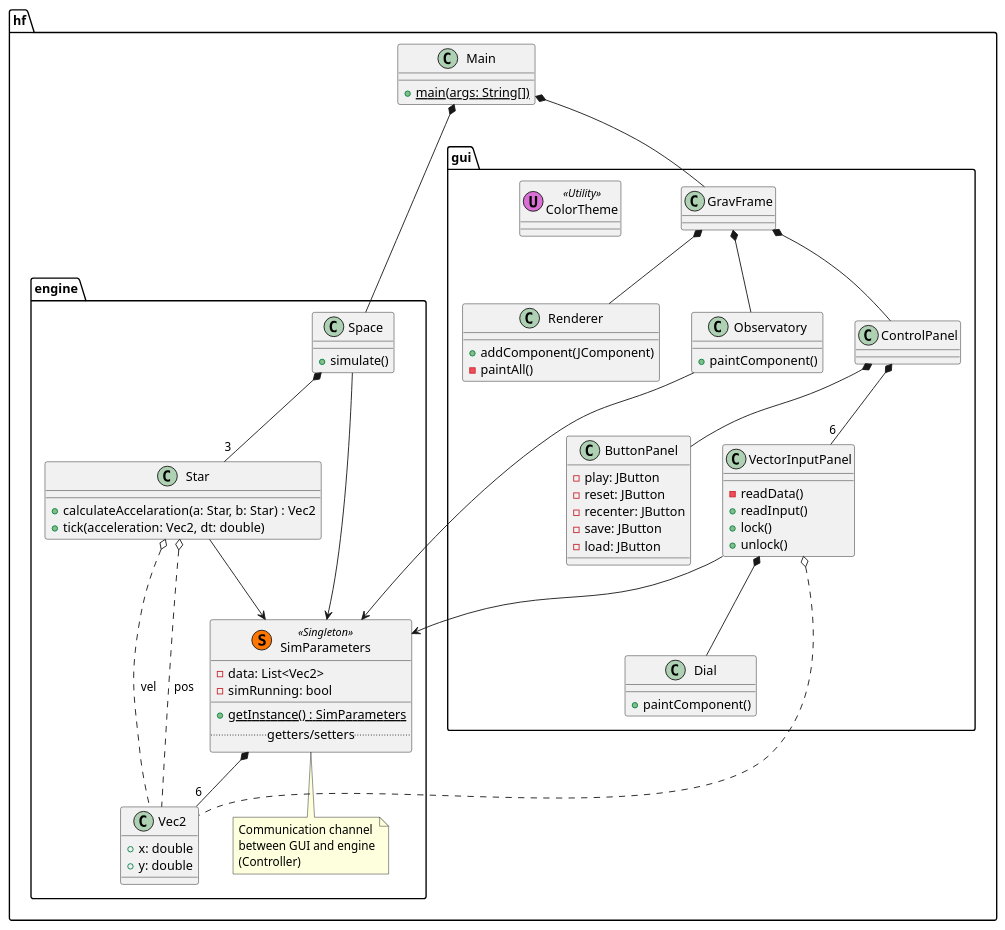
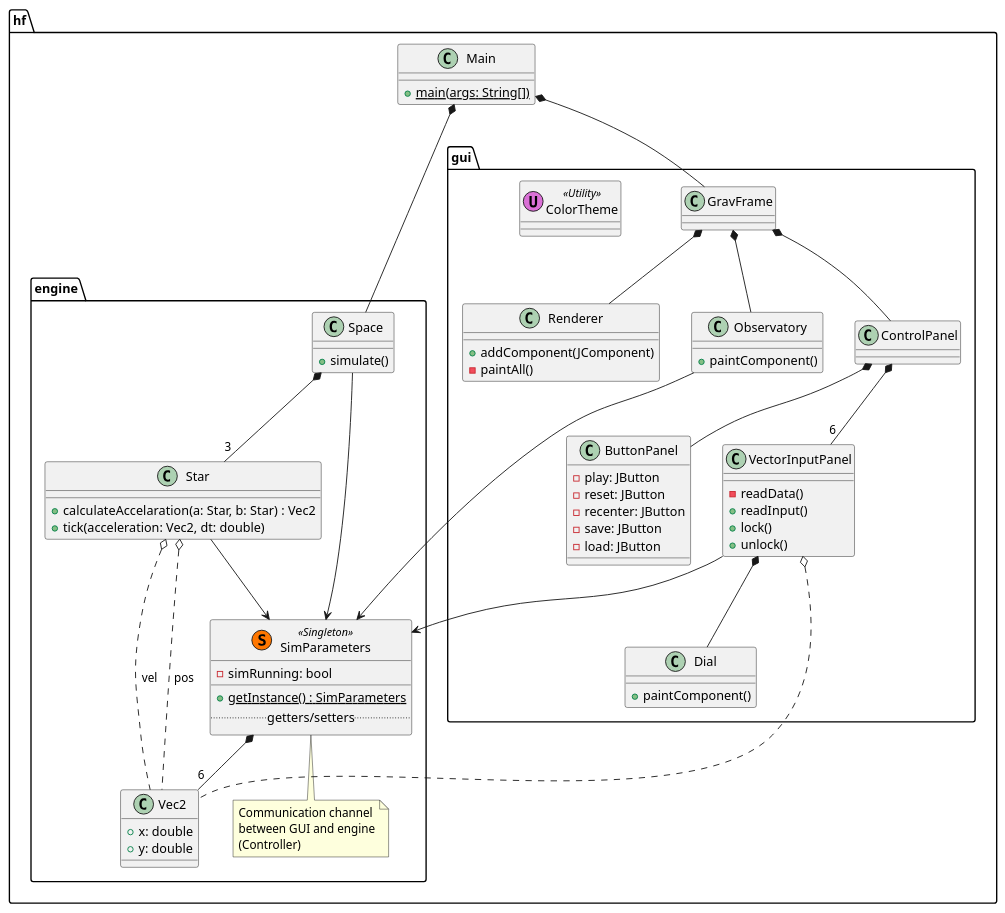
The diagram in classDiagram.plantuml (ZD4ve/grav), drawn with PlantUML before and after one commit.

Commit message:
Remove 'data' field from SimParameters class diagram for clarity

```diff
--- a/classDiagram.plantuml
+++ b/classDiagram.plantuml
@@ -1,90 +1,89 @@
 @startuml grav
 
 package hf {
     class Main {
         + {static} main(args: String[])
     }
 }
 
 package hf.engine {
     class Vec2 {
         + x: double
         + y: double
     }
     class SimParameters << (S,#FF7700) Singleton >> {
-        - data: List<Vec2>
         - simRunning: bool
         __
         + {static} getInstance() : SimParameters
         ..getters/setters..
     }
     note bottom of SimParameters
         Communication channel
         between GUI and engine
         (Controller)
     end note
     class Space {
         + simulate()
     }
     class Star {
         + calculateAccelaration(a: Star, b: Star) : Vec2
         + tick(acceleration: Vec2, dt: double)
     }
 }
 
 package hf.gui {
     class GravFrame
     class ColorTheme << (U,Orchid) Utility >>
     class ControlPanel
     class ButtonPanel {
         - play: JButton
         - reset: JButton
         - recenter: JButton
         - save: JButton
         - load: JButton
     }
     class VectorInputPanel {
         - readData()
         + readInput()
         + lock()
         + unlock()
     }
     class Dial {
         + paintComponent()
     }
     class Observatory {
         + paintComponent()
     }
     class Renderer {
         + addComponent(JComponent)
         - paintAll()
     }
 }
 
 ' Main
 Main *-- GravFrame
 Main *-- Space
 
 ' Engine
 Space *-- "3" Star
 SimParameters *-- "6" Vec2
 
 ' GUI
 VectorInputPanel *-- Dial
 GravFrame *-- ControlPanel
 GravFrame *-- Observatory
 GravFrame *-- Renderer
 ControlPanel *-- ButtonPanel
 ControlPanel *-- "6" VectorInputPanel
 
 ' params
 Observatory --> SimParameters
 VectorInputPanel --> SimParameters
 Star --> SimParameters
 Space --> SimParameters
 Star o.. Vec2 : "pos"
 Star o.. Vec2 : "vel"
 VectorInputPanel o.. Vec2
 
 
 @enduml
```
